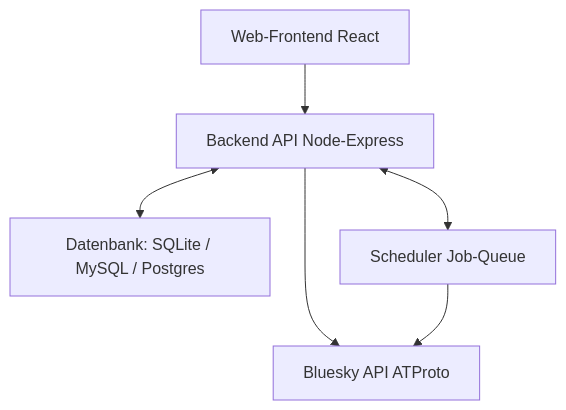
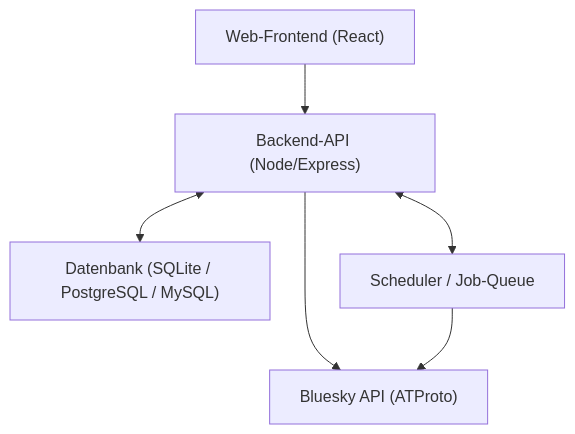
Before and after one commit to mkueper/BSky-Kampagnen-Bot: the diagram in docs/diagramme/systemarchitektur.md, drawn with Mermaid. The commit also changed other lines of this file and 14 other files, not shown here.

````diff
--- a/docs/diagramme/systemarchitektur.md
+++ b/docs/diagramme/systemarchitektur.md
@@ -6,14 +5,14 @@
 ```mermaid
 flowchart TD
-  FE["Web-Frontend React"]
-  BE["Backend API Node-Express"]
-  DB["Datenbank: SQLite / MySQL / Postgres"]
-  SCH["Scheduler Job-Queue"]
-  BSKY["Bluesky API ATProto"]
+  FE["Web-Frontend (React)"]
+  BE["Backend-API (Node/Express)"]
+  DB["Datenbank (SQLite / PostgreSQL / MySQL)"]
+  SCH["Scheduler / Job-Queue"]
+  BSKY["Bluesky API (ATProto)"]
 
   FE --> BE
   BE <--> DB
   BE <--> SCH
   BE --> BSKY
   SCH --> BSKY
 ```
````
